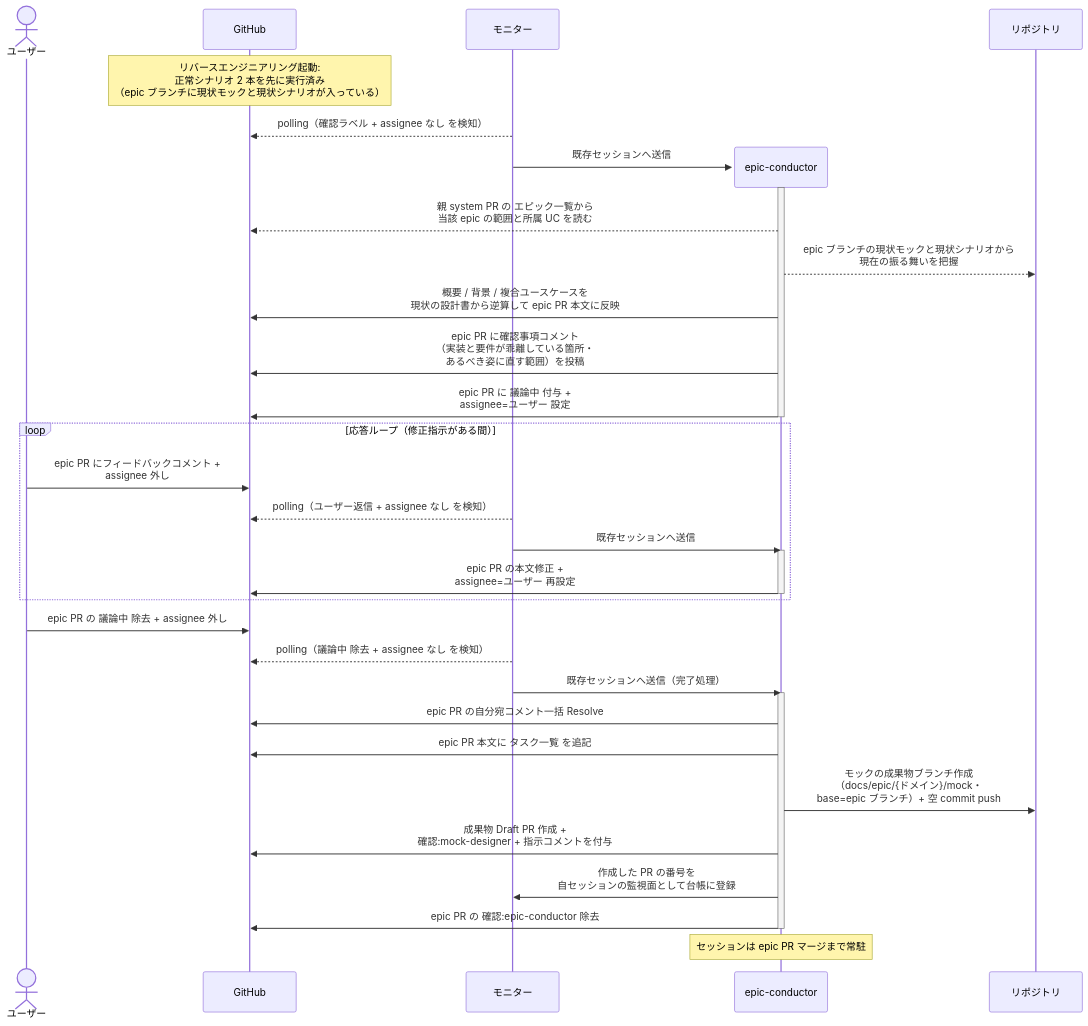
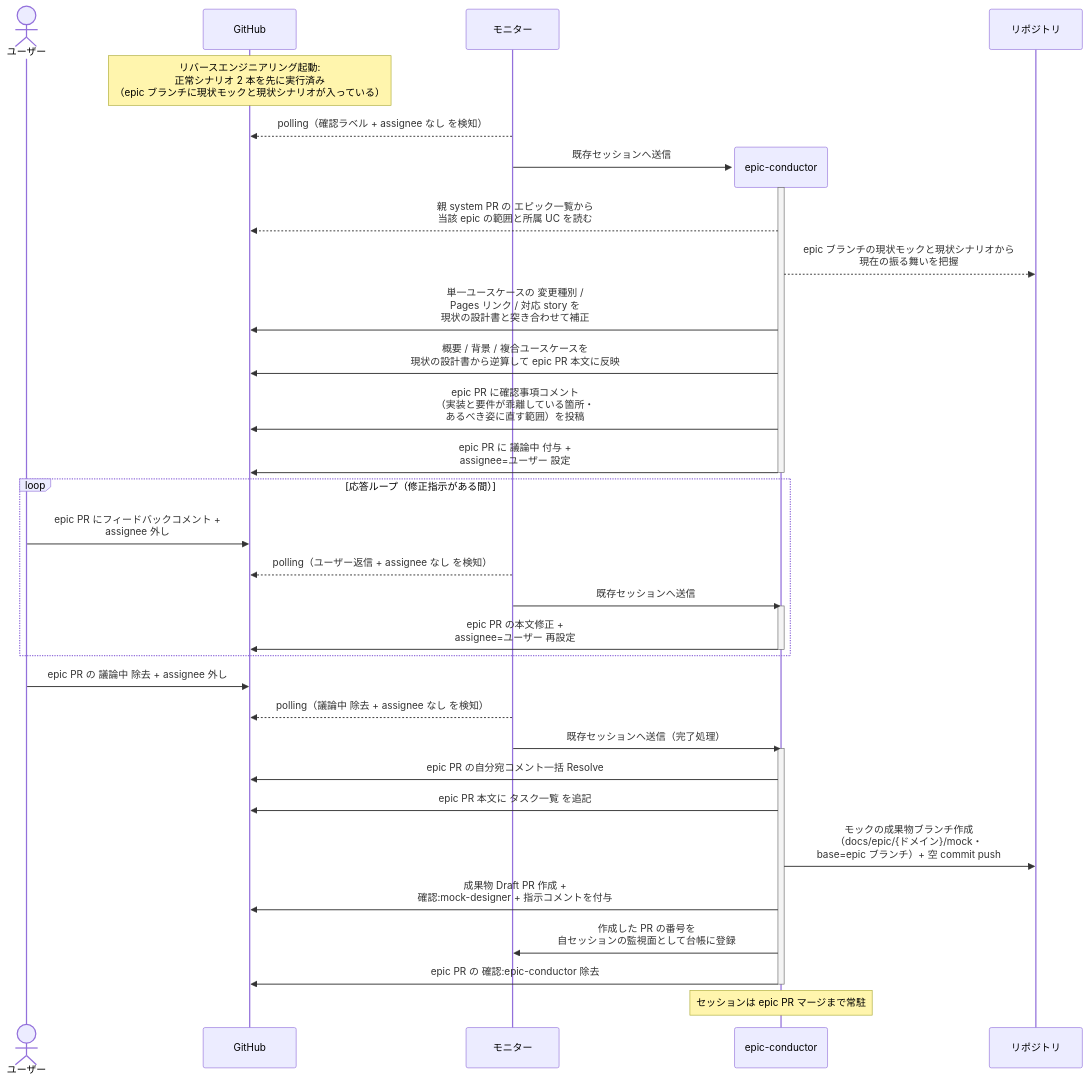
Before and after one commit to shuhei1101/ai-monitor: the sixth of 6 diagrams in docs/wiki/設計図/シナリオ/単一ユースケース/epic要件確定.md, drawn with Mermaid. The commit also changed other lines of this file, not shown here.

````diff
--- a/docs/wiki/設計図/シナリオ/単一ユースケース/epic要件確定.md
+++ b/docs/wiki/設計図/シナリオ/単一ユースケース/epic要件確定.md
@@ -240,41 +295,42 @@
 ```mermaid
 sequenceDiagram
   actor U as ユーザー
   participant GH as GitHub
   participant ORC as モニター
 
   Note over GH: リバースエンジニアリング起動:<br>正常シナリオ 2 本を先に実行済み<br>（epic ブランチに現状モックと現状シナリオが入っている）
   ORC-->>GH: polling（確認ラベル + assignee なし を検知）
   create participant MON as epic-conductor
   ORC->>MON: 既存セッションへ送信
   participant REPO as リポジトリ
   activate MON
   MON-->>GH: 親 system PR の エピック一覧から<br>当該 epic の範囲と所属 UC を読む
   MON-->>REPO: epic ブランチの現状モックと現状シナリオから<br>現在の振る舞いを把握
+  MON->>GH: 単一ユースケースの 変更種別 /<br>Pages リンク / 対応 story を<br>現状の設計書と突き合わせて補正
   MON->>GH: 概要 / 背景 / 複合ユースケースを<br>現状の設計書から逆算して epic PR 本文に反映
   MON->>GH: epic PR に確認事項コメント<br>（実装と要件が乖離している箇所・<br>あるべき姿に直す範囲）を投稿
   MON->>GH: epic PR に 議論中 付与 +<br>assignee=ユーザー 設定
   deactivate MON
 
   loop 応答ループ（修正指示がある間）
     U->>GH: epic PR にフィードバックコメント +<br>assignee 外し
     ORC-->>GH: polling（ユーザー返信 + assignee なし を検知）
     ORC->>MON: 既存セッションへ送信
     activate MON
     MON->>GH: epic PR の本文修正 +<br>assignee=ユーザー 再設定
     deactivate MON
   end
 
   U->>GH: epic PR の 議論中 除去 + assignee 外し
   ORC-->>GH: polling（議論中 除去 + assignee なし を検知）
   ORC->>MON: 既存セッションへ送信（完了処理）
   activate MON
   MON->>GH: epic PR の自分宛コメント一括 Resolve
   MON->>GH: epic PR 本文に タスク一覧 を追記
   MON->>REPO: モックの成果物ブランチ作成<br>（docs/epic/{ドメイン}/mock・<br>base=epic ブランチ）+ 空 commit push
   MON->>GH: 成果物 Draft PR 作成 +<br>確認:mock-designer + 指示コメントを付与
   MON->>ORC: 作成した PR の番号を<br>自セッションの監視面として台帳に登録
   MON->>GH: epic PR の 確認:epic-conductor 除去
   deactivate MON
   Note over MON: セッションは epic PR マージまで常駐
 ```
````
